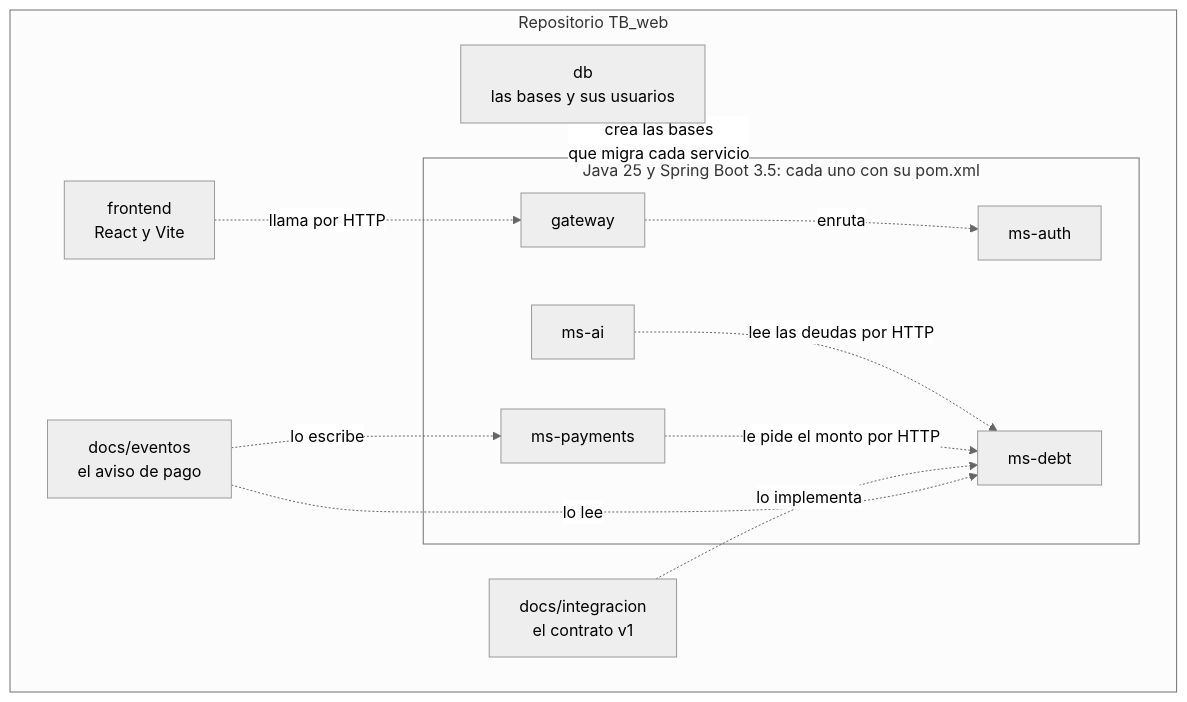
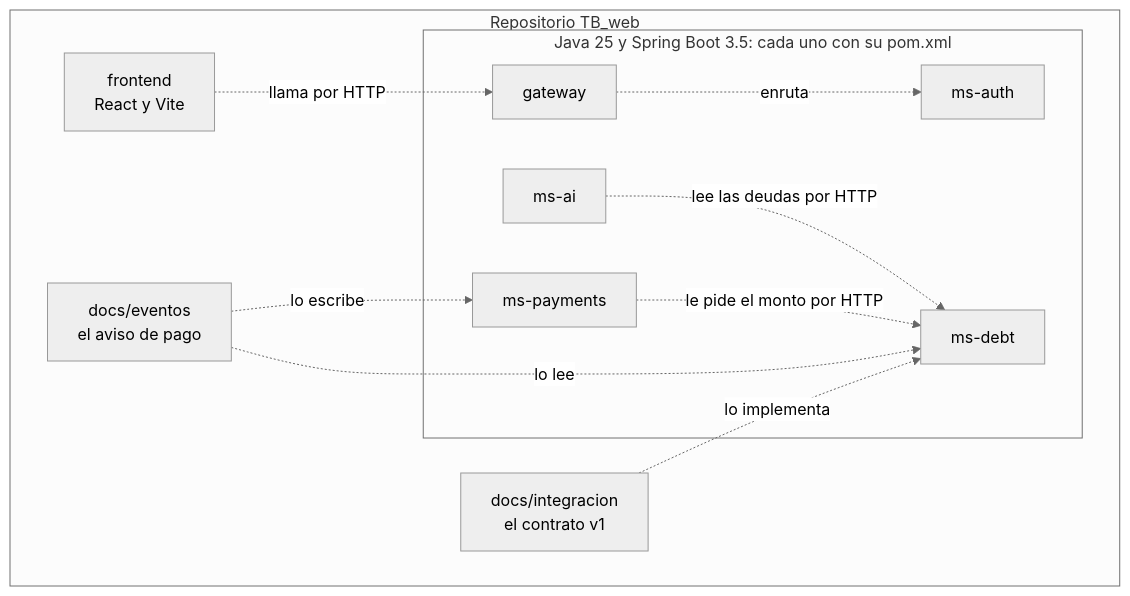
The seventh of 8 diagrams in README.md (TechnicalBridge/DataBridge), drawn with Mermaid (neutral theme) before and after one commit. The commit also changed other lines of this file and 58 other files, not shown here.

````diff
--- a/README.md
+++ b/README.md
@@ -1404,24 +1404,22 @@
 ```mermaid
 flowchart TB
     subgraph REPO["Repositorio TB_web"]
         subgraph JAVA["Java 25 y Spring Boot 3.5: cada uno con su pom.xml"]
             AUTH["ms-auth"]
             DEBT["ms-debt"]
             PAY["ms-payments"]
             AI["ms-ai"]
             GWY["gateway"]
         end
         FE["frontend<br/>React y Vite"]
         DOCS["docs/integracion<br/>el contrato v1"]
         EVT["docs/eventos<br/>el aviso de pago"]
-        DBD["db<br/>las bases y sus usuarios"]
     end
     FE -. "llama por HTTP" .-> GWY
     GWY -. "enruta" .-> AUTH
     AI -. "lee las deudas por HTTP" .-> DEBT
     PAY -. "le pide el monto por HTTP" .-> DEBT
     DOCS -. "lo implementa" .-> DEBT
     EVT -. "lo escribe" .-> PAY
     EVT -. "lo lee" .-> DEBT
-    DBD -. "crea las bases<br/>que migra cada servicio" .-> JAVA
 ```
````
